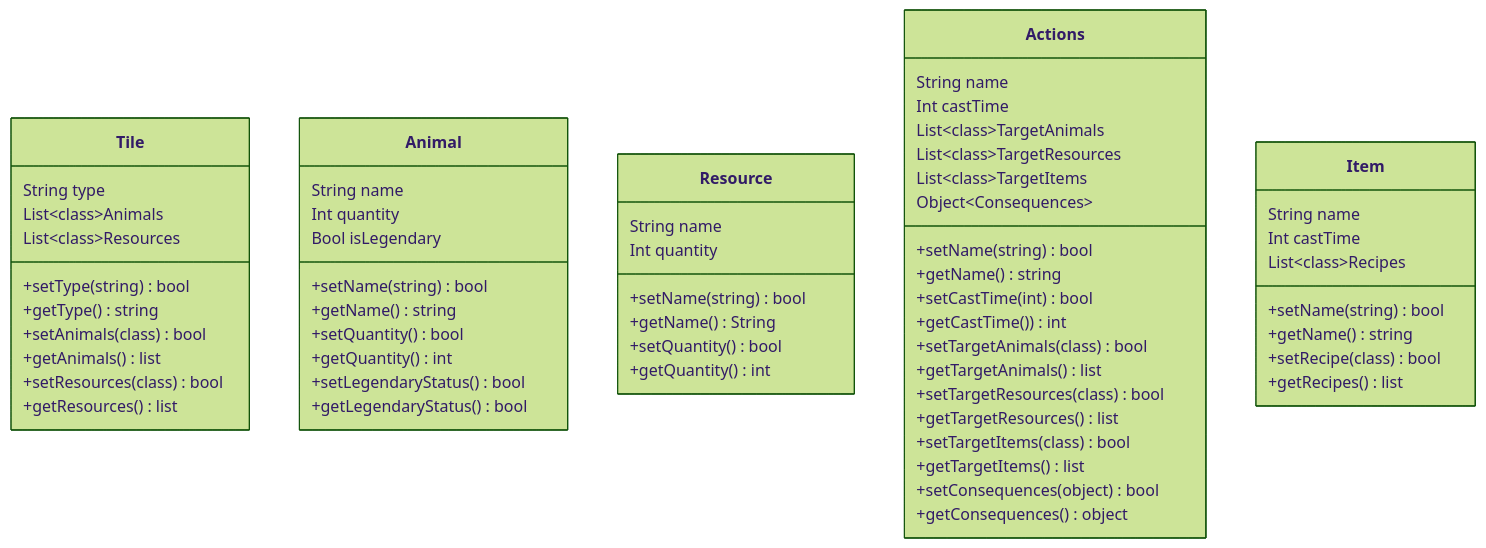
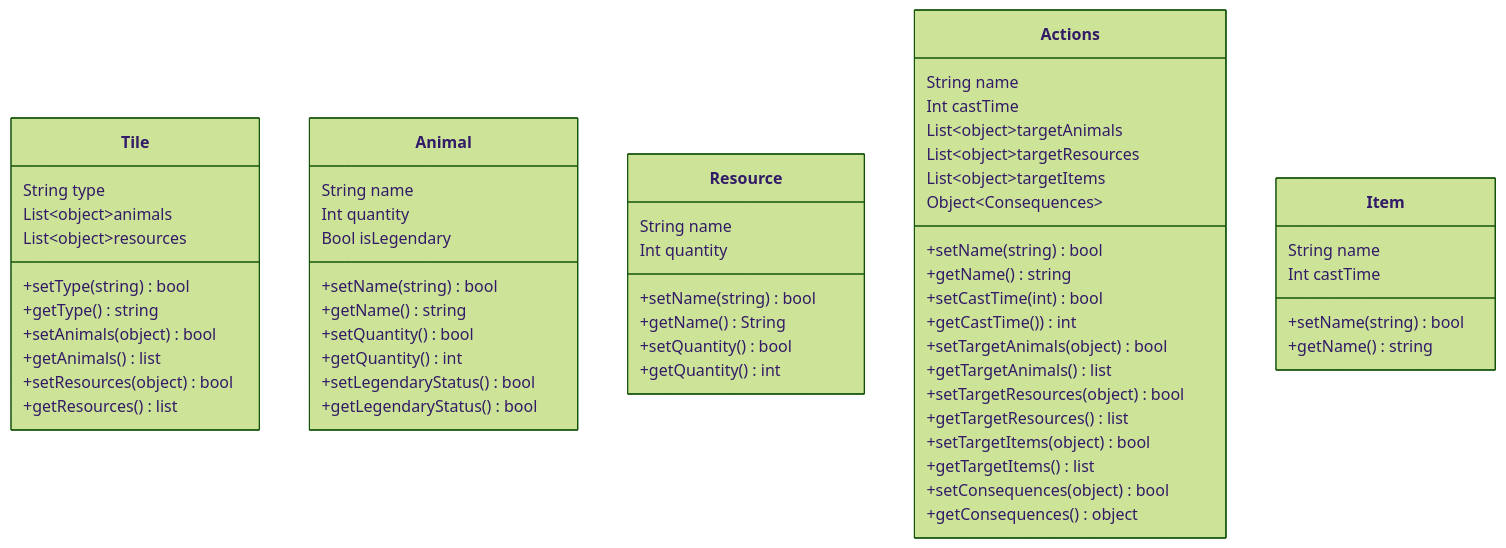
One commit to Francisco970-hub/Exothium-World-JavaScript-Test changed the diagram in README.md. Above: the diagram before and after it, drawn with Mermaid (forest theme).

````diff
--- a/README.md
+++ b/README.md
@@ -4,68 +4,65 @@
 ```mermaid
 classDiagram
     class Tile{
       String type
-      List~class~Animals
-      List~class~Resources
+      List~object~animals
+      List~object~resources
       +setType(string) bool
       +getType() string
-      +setAnimals(class) bool
+      +setAnimals(object) bool
       +getAnimals() list
-      +setResources(class) bool
+      +setResources(object) bool
       +getResources() list
     }
 
 
     class Animal{
       String name
       Int quantity
       Bool isLegendary
       +setName(string) bool
       +getName() string
       +setQuantity() bool
       +getQuantity() int
       +setLegendaryStatus() bool
       +getLegendaryStatus() bool
     }
 
     class Resource{
       String name
       Int quantity
       +setName(string) bool
       +getName() String
       +setQuantity() bool
       +getQuantity() int
     }
 
     class Actions{
       String name
       Int castTime
-      List~class~TargetAnimals
-      List~class~TargetResources
-      List~class~TargetItems
+      List~object~targetAnimals
+      List~object~targetResources
+      List~object~targetItems
       Object~Consequences~
       +setName(string) bool
       +getName() string
       +setCastTime(int) bool
       +getCastTime()) int
-      +setTargetAnimals(class) bool
+      +setTargetAnimals(object) bool
       +getTargetAnimals() list
-      +setTargetResources(class) bool
+      +setTargetResources(object) bool
       +getTargetResources() list
-      +setTargetItems(class) bool
+      +setTargetItems(object) bool
       +getTargetItems() list
       +setConsequences(object) bool
       +getConsequences() object
     }
 
 
     class Item{
       String name
       Int castTime
-      List~class~Recipes
       +setName(string) bool
       +getName() string
-      +setRecipe(class) bool
-      +getRecipes() list
     }
 ```
````
